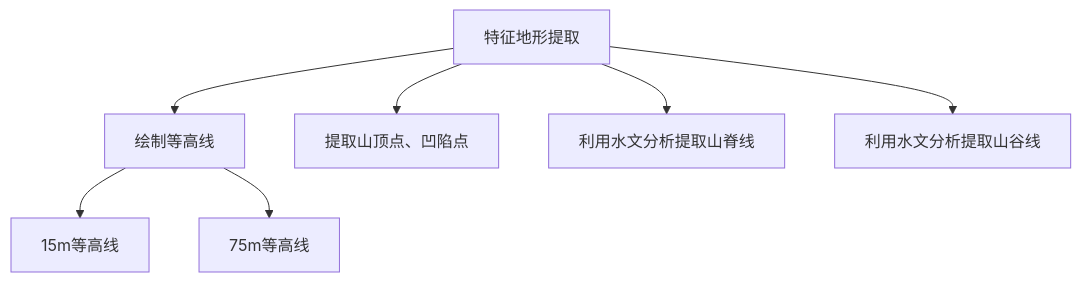
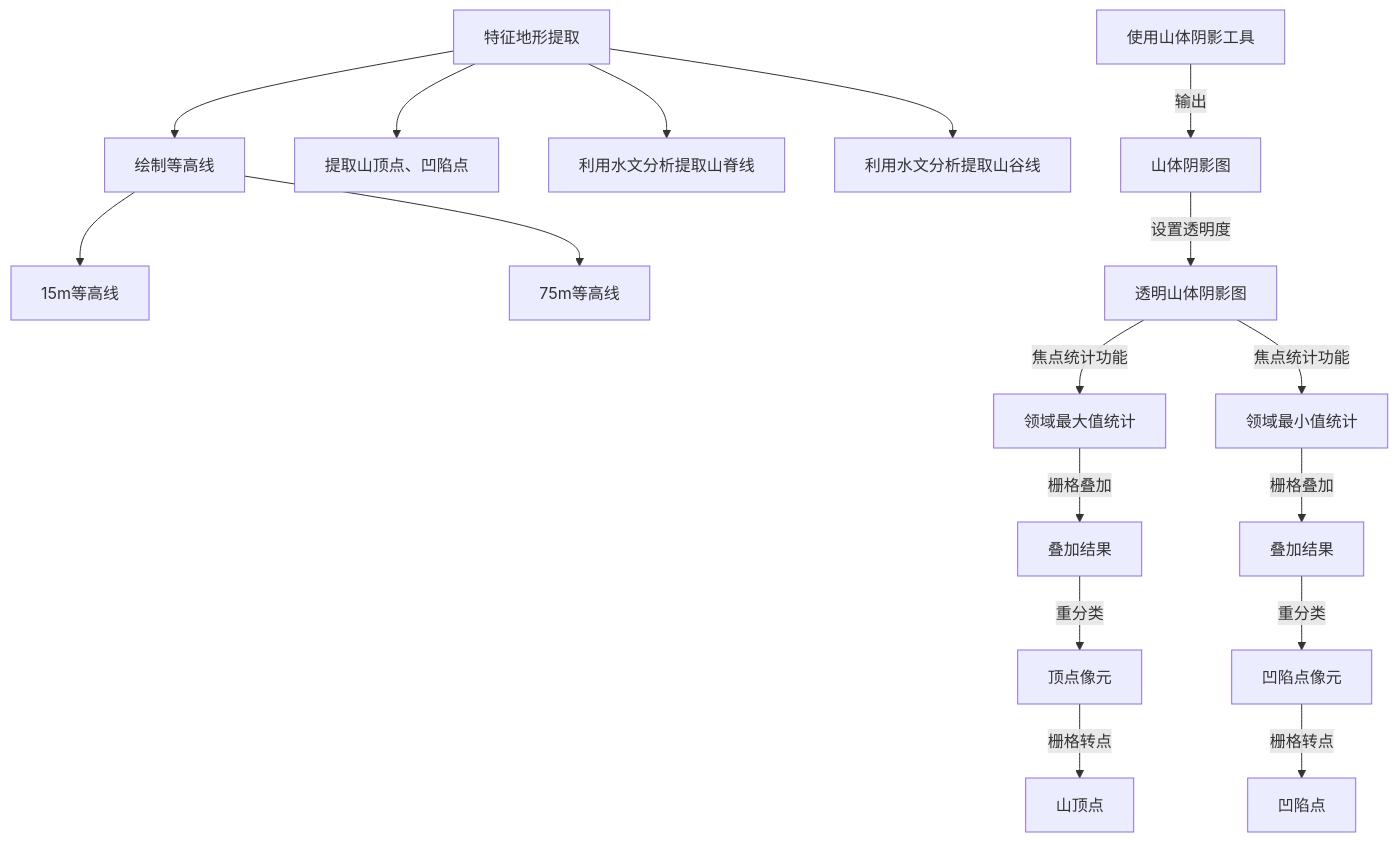
Before and after one commit to newguser/iodraw-files: the diagram in all/未命名-2.md, drawn with Mermaid.

Commit message:
2025-02-28 08:54:31 update

````diff
--- a/all/未命名-2.md
+++ b/all/未命名-2.md
@@ -1,10 +1,20 @@
 ```mermaid
 graph TD
     A[特征地形提取] --> B[绘制等高线]
    A --> C[提取山顶点、凹陷点]
     A --> D[利用水文分析提取山脊线]
     A --> E[利用水文分析提取山谷线]
     B[绘制等高线]--> B1[15m等高线]
     B[绘制等高线]--> B2[75m等高线]
-    
+    C[提取山顶点、凹陷点]
+     C1[使用山体阴影工具] -->|输出| C2[山体阴影图]
+        C2 -->|设置透明度| C3[透明山体阴影图]
+        C3 -->|焦点统计功能| C4[领域最大值统计]
+        C4 -->|栅格叠加| C5[叠加结果]
+        C5 -->|重分类| C6[顶点像元]
+        C6 -->|栅格转点| C7[山顶点]
+        C3 -->|焦点统计功能| C8[领域最小值统计]
+        C8 -->|栅格叠加| C9[叠加结果]
+        C9 -->|重分类| C10[凹陷点像元]
+        C10 -->|栅格转点| C11[凹陷点]
 ```
````
